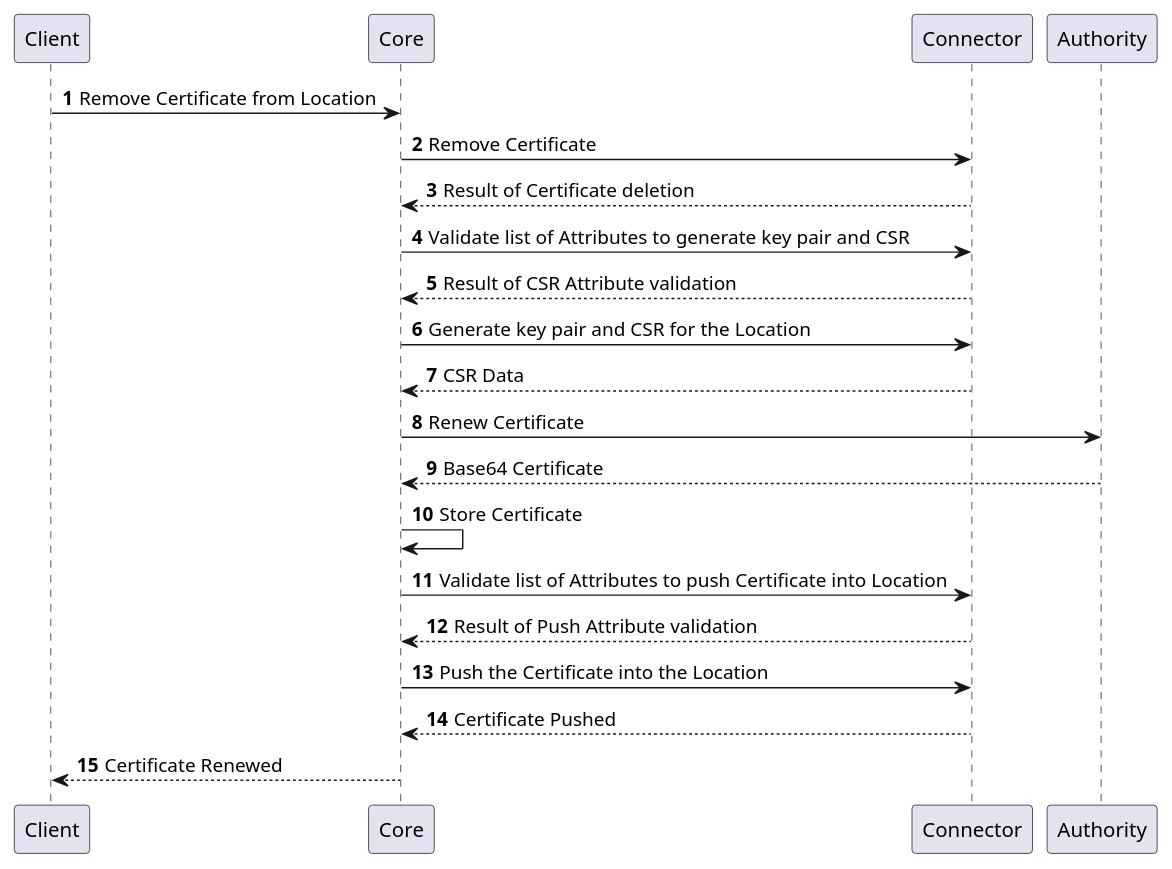
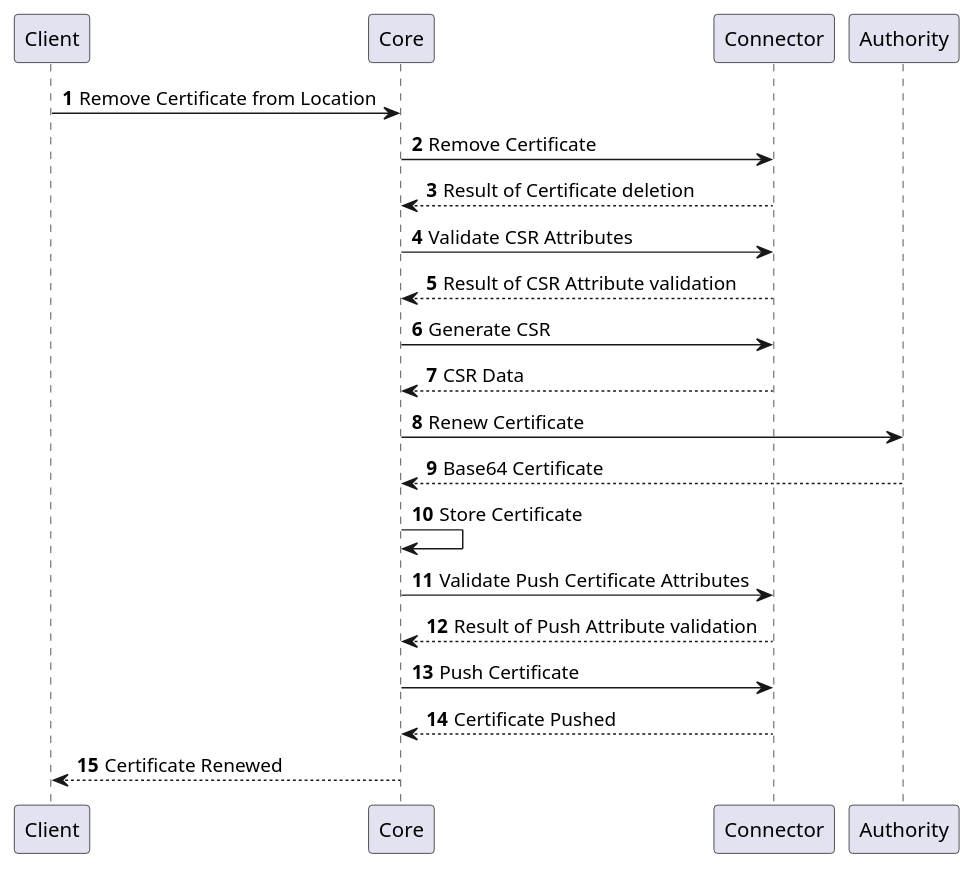
Before and after one commit to CZERTAINLY/CZERTAINLY-Documentation: diagram 11 of 13 in docs/12-connectors/05-description/32-entity-provider.md, drawn with PlantUML. The commit also changed other lines of this file, not shown here.

````diff
--- a/docs/12-connectors/05-description/32-entity-provider.md
+++ b/docs/12-connectors/05-description/32-entity-provider.md
@@ -199,21 +199,21 @@
 ```plantuml
     @startuml
     autonumber
     skinparam topurl https://docs.czertainly.com/api/
         Client -> Core [[core-location/#tag/Location-Management-API/operation/renewCertificateInLocation]]: Remove Certificate from Location
         Core -> Connector [[connector-entity-provider/#tag/Location-Operations-API/operation/removeCertificateFromLocation]]: Remove Certificate
         Connector --> Core: Result of Certificate deletion
-        Core -> Connector [[connector-entity-provider/#tag/Location-Operations-API/operation/validateGenerateCsrAttributes]]: Validate list of Attributes to generate key pair and CSR
+        Core -> Connector [[connector-entity-provider/#tag/Location-Operations-API/operation/validateGenerateCsrAttributes]]: Validate CSR Attributes
         Connector --> Core: Result of CSR Attribute validation
-        Core -> Connector [[connector-entity-provider/#tag/Location-Operations-API/operation/generateCsrLocation]]: Generate key pair and CSR for the Location
+        Core -> Connector [[connector-entity-provider/#tag/Location-Operations-API/operation/generateCsrLocation]]: Generate CSR
         Connector --> Core: CSR Data
         Core -> Authority [[connector-authority-provider-v2/#tag/Certificate-Management-API/operation/renewCertificate]]: Renew Certificate
         Authority --> Core: Base64 Certificate
         Core -> Core: Store Certificate
-        Core -> Connector [[connector-entity-provider/#tag/Location-Operations-API/operation/validatePushCertificateAttributes]]: Validate list of Attributes to push Certificate into Location
+        Core -> Connector [[connector-entity-provider/#tag/Location-Operations-API/operation/validatePushCertificateAttributes]]: Validate Push Certificate Attributes
         Connector --> Core: Result of Push Attribute validation
-        Core -> Connector [[connector-entity-provider/#tag/Location-Operations-API/operation/pushCertificateToLocation]]: Push the Certificate into the Location
+        Core -> Connector [[connector-entity-provider/#tag/Location-Operations-API/operation/pushCertificateToLocation]]: Push Certificate
         Connector --> Core: Certificate Pushed
         Core --> Client: Certificate Renewed
     @enduml
 ```
````
